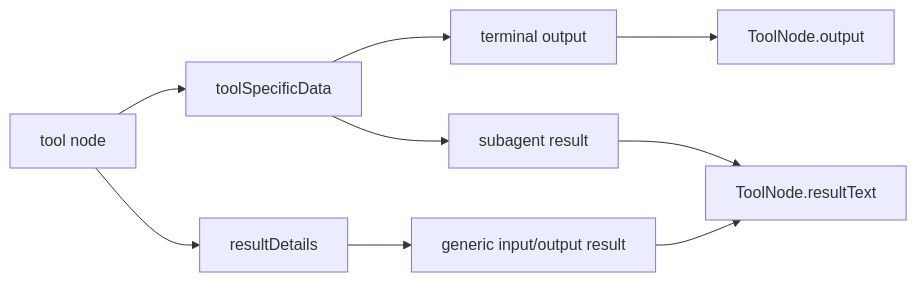
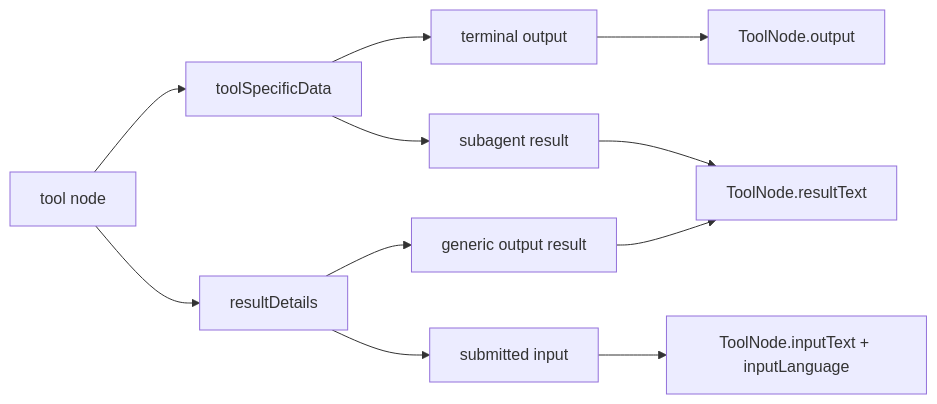
The ninth of 13 diagrams in docs/CHAT-SESSION-SCHEMA.md (rrabb/copilot-chat-exporter), drawn with Mermaid before and after one commit. The commit also changed other lines of this file and 11 other files, not shown here.

Commit message:
Fixed incorrect sequence for mcp calls. Added missing playwright tool inputs. Preserve tools not seen before instead of discarding.

````diff
--- a/docs/CHAT-SESSION-SCHEMA.md
+++ b/docs/CHAT-SESSION-SCHEMA.md
@@ -742,11 +812,13 @@
 ```mermaid
 flowchart LR
     T[tool node] --> A[toolSpecificData]
     T --> B[resultDetails]
     A --> C[terminal output]
     A --> D[subagent result]
-    B --> E[generic input/output result]
+    B --> E[submitted input]
+    B --> H[generic output result]
     C --> F[ToolNode.output]
     D --> G[ToolNode.resultText]
-    E --> G
+    E --> I[ToolNode.inputText + inputLanguage]
+    H --> G
 ```
````
